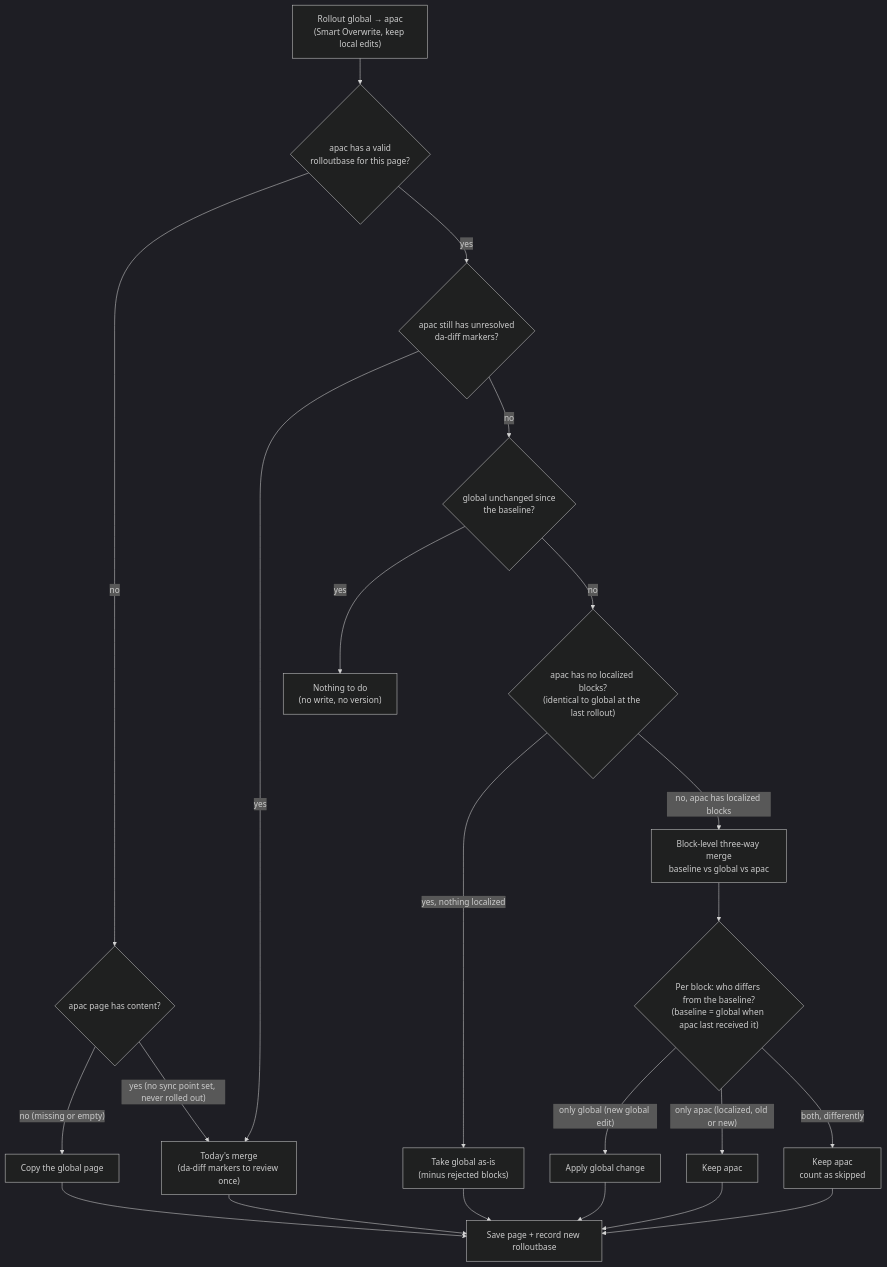
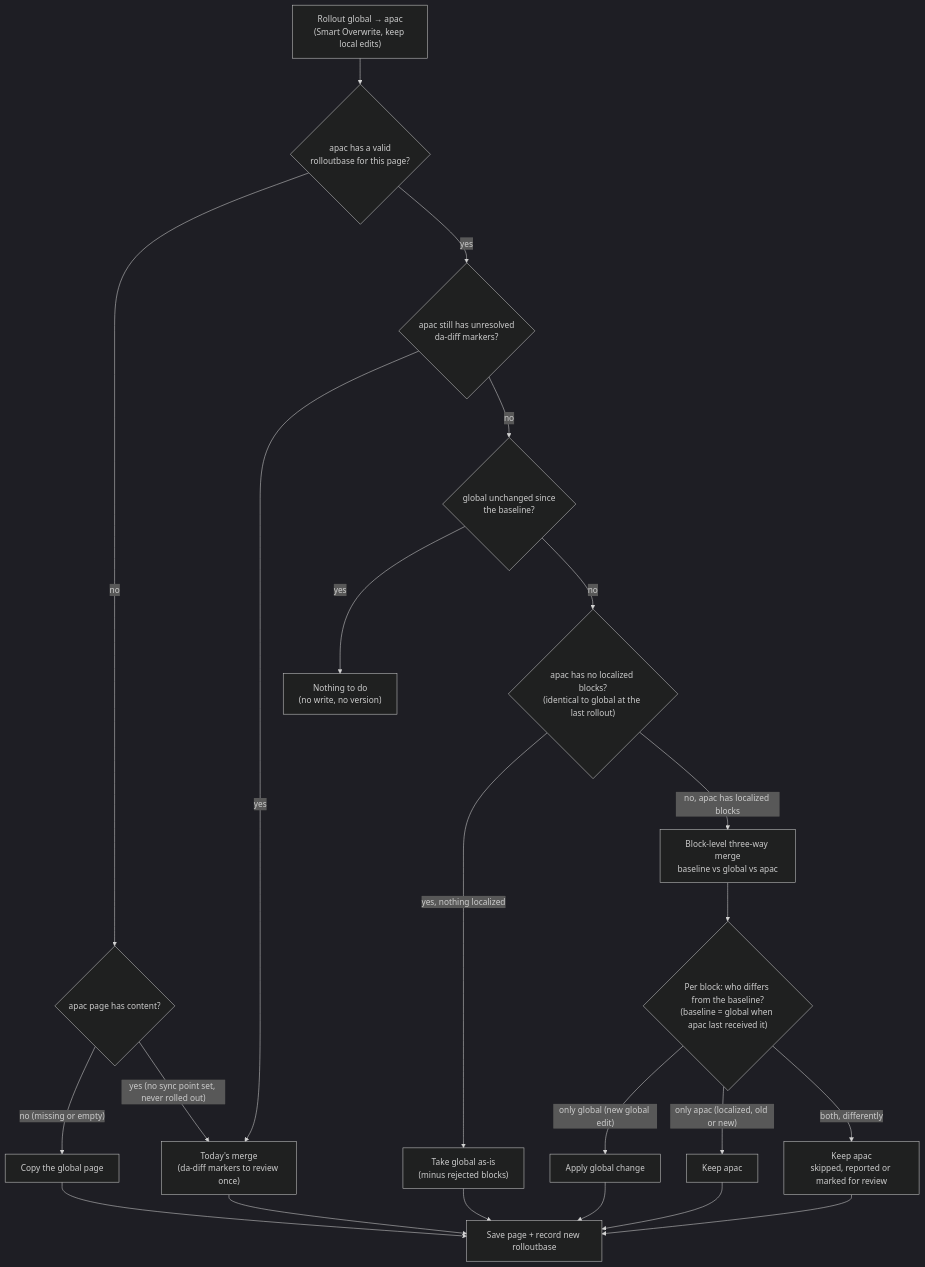
Before and after one commit to adobe/da-nx: the diagram in docs/rollout-smart-overwrite.md, drawn with Mermaid (dark theme). The commit also changed other lines of this file and 16 other files, not shown here.

````diff
--- a/docs/rollout-smart-overwrite.md
+++ b/docs/rollout-smart-overwrite.md
@@ -26,24 +26,24 @@
 ```mermaid
 flowchart TD
   start["Rollout global → apac<br/>(Smart Overwrite, keep local edits)"] --> base{"apac has a valid<br/>rolloutbase for this page?"}
   base -- "no" --> exists{"apac page has content?"}
   exists -- "no (missing or empty)" --> copy["Copy the global page"]
   exists -- "yes (no sync point set, never rolled out)" --> merge["Today's merge<br/>(da-diff markers to review once)"]
   base -- "yes" --> pending{"apac still has unresolved<br/>da-diff markers?"}
   pending -- "yes" --> merge
   pending -- "no" --> same{"global unchanged since<br/>the baseline?"}
   same -- "yes" --> nothing["Nothing to do<br/>(no write, no version)"]
   same -- "no" --> unchanged{"apac has no localized blocks?<br/>(identical to global at the last rollout)"}
   unchanged -- "yes, nothing localized" --> take["Take global as-is<br/>(minus rejected blocks)"]
   unchanged -- "no, apac has localized blocks" --> diff3["Block-level three-way merge<br/>baseline vs global vs apac"]
   diff3 --> who{"Per block: who differs from the baseline?<br/>(baseline = global when apac last received it)"}
   who -- "only global (new global edit)" --> apply["Apply global change"]
   who -- "only apac (localized, old or new)" --> keep["Keep apac"]
-  who -- "both, differently" --> skip["Keep apac<br/>count as skipped"]
+  who -- "both, differently" --> skip["Keep apac<br/>skipped, reported or marked for review"]
   copy --> save["Save page + record new rolloutbase"]
   merge --> save
   take --> save
   apply --> save
   keep --> save
   skip --> save
 ```
````
